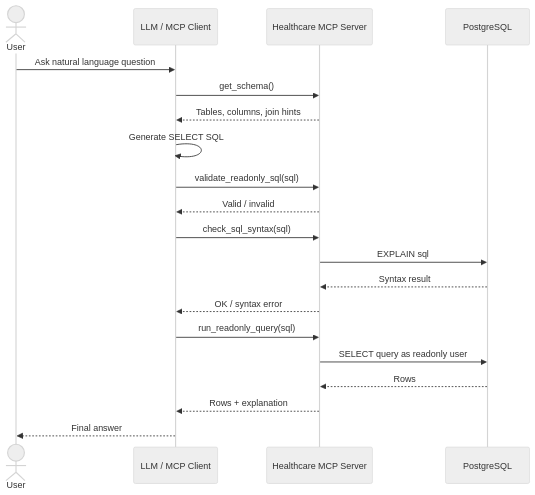
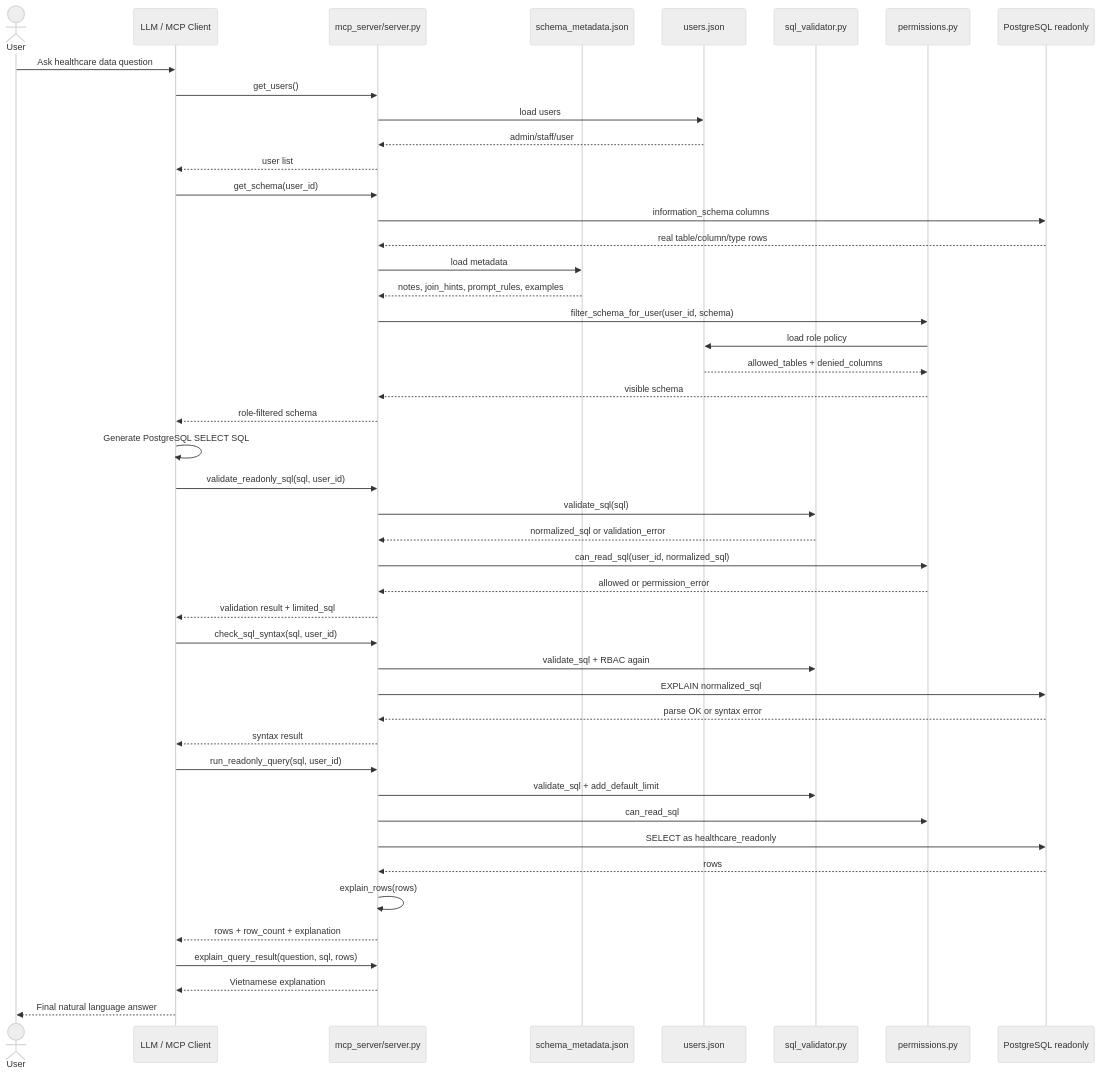
The sixth of 13 diagrams in docs/mermaid_flow.md (huzy179/Healthcare-Text-to-SQL-Assistant), drawn with Mermaid (neutral theme) before and after one commit. The commit also changed other lines of this file and 13 other files, not shown here.

First line of the commit message:
feat: Enhance SQL validation and auditing features

````diff
--- a/docs/mermaid_flow.md
+++ b/docs/mermaid_flow.md
@@ -41,23 +210,54 @@
 ```mermaid
 sequenceDiagram
     actor User
     participant Client as LLM / MCP Client
-    participant MCP as Healthcare MCP Server
-    participant DB as PostgreSQL
+    participant MCP as mcp_server/server.py
+    participant Meta as schema_metadata.json
+    participant Policy as users.json
+    participant Validator as sql_validator.py
+    participant Perm as permissions.py
+    participant DB as PostgreSQL readonly
 
-    User->>Client: Ask natural language question
-    Client->>MCP: get_schema()
-    MCP-->>Client: Tables, columns, join hints
-    Client->>Client: Generate SELECT SQL
-    Client->>MCP: validate_readonly_sql(sql)
-    MCP-->>Client: Valid / invalid
-    Client->>MCP: check_sql_syntax(sql)
-    MCP->>DB: EXPLAIN sql
-    DB-->>MCP: Syntax result
-    MCP-->>Client: OK / syntax error
-    Client->>MCP: run_readonly_query(sql)
-    MCP->>DB: SELECT query as readonly user
-    DB-->>MCP: Rows
-    MCP-->>Client: Rows + explanation
-    Client-->>User: Final answer
+    User->>Client: Ask healthcare data question
+    Client->>MCP: get_users()
+    MCP->>Policy: load users
+    Policy-->>MCP: admin/staff/user
+    MCP-->>Client: user list
+
+    Client->>MCP: get_schema(user_id)
+    MCP->>DB: information_schema columns
+    DB-->>MCP: real table/column/type rows
+    MCP->>Meta: load metadata
+    Meta-->>MCP: notes, join_hints, prompt_rules, examples
+    MCP->>Perm: filter_schema_for_user(user_id, schema)
+    Perm->>Policy: load role policy
+    Policy-->>Perm: allowed_tables + denied_columns
+    Perm-->>MCP: visible schema
+    MCP-->>Client: role-filtered schema
+
+    Client->>Client: Generate PostgreSQL SELECT SQL
+    Client->>MCP: validate_readonly_sql(sql, user_id)
+    MCP->>Validator: validate_sql(sql)
+    Validator-->>MCP: normalized_sql or validation_error
+    MCP->>Perm: can_read_sql(user_id, normalized_sql)
+    Perm-->>MCP: allowed or permission_error
+    MCP-->>Client: validation result + limited_sql
+
+    Client->>MCP: check_sql_syntax(sql, user_id)
+    MCP->>Validator: validate_sql + RBAC again
+    MCP->>DB: EXPLAIN normalized_sql
+    DB-->>MCP: parse OK or syntax error
+    MCP-->>Client: syntax result
+
+    Client->>MCP: run_readonly_query(sql, user_id)
+    MCP->>Validator: validate_sql + add_default_limit
+    MCP->>Perm: can_read_sql
+    MCP->>DB: SELECT as healthcare_readonly
+    DB-->>MCP: rows
+    MCP->>MCP: explain_rows(rows)
+    MCP-->>Client: rows + row_count + explanation
+
+    Client->>MCP: explain_query_result(question, sql, rows)
+    MCP-->>Client: Vietnamese explanation
+    Client-->>User: Final natural language answer
 ```
````
